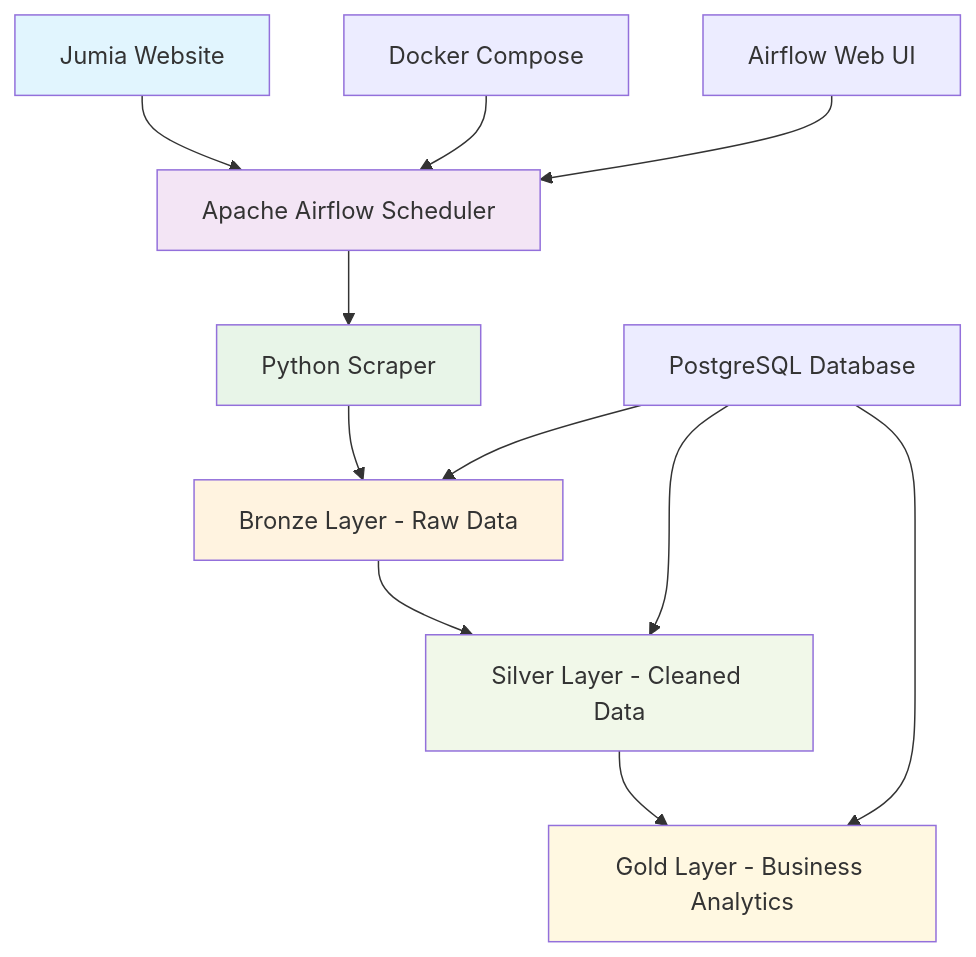
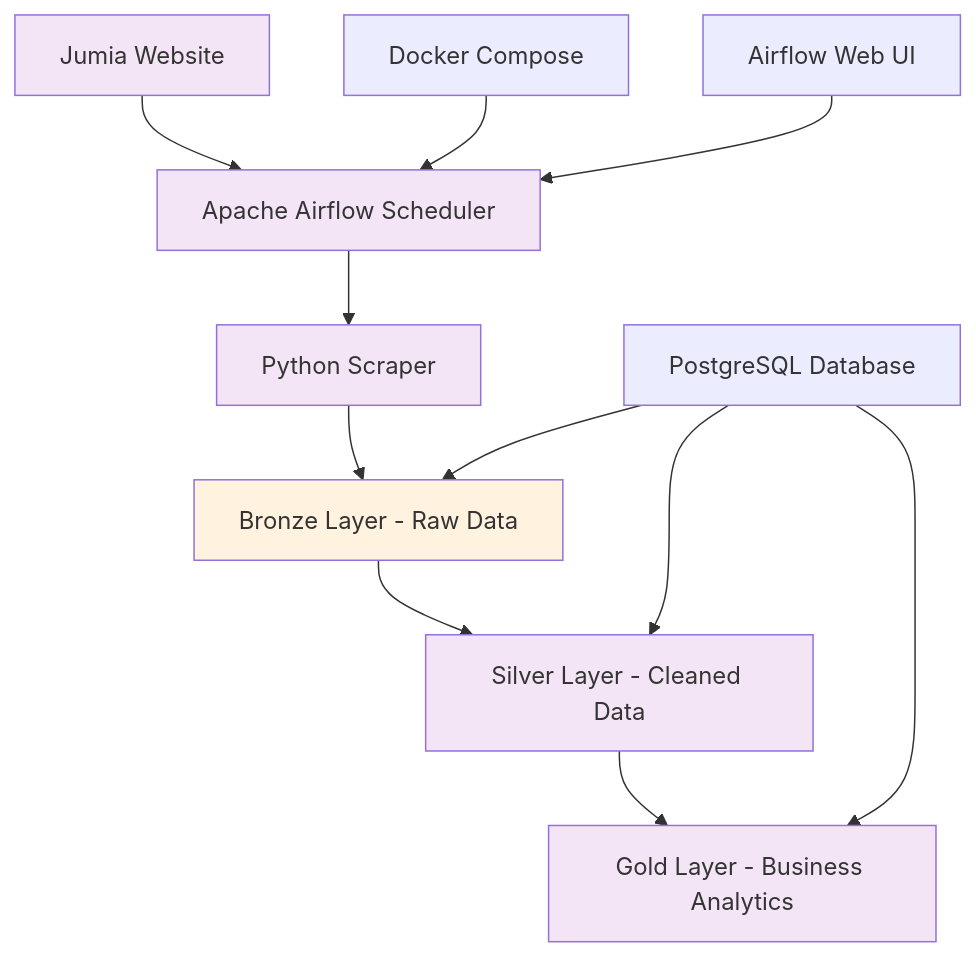
Before and after one commit to Peter-Opapa/jumia-elt-airflow-docker: the first of 2 diagrams in README.md, drawn with Mermaid. The commit also changed other lines of this file, not shown here.

````diff
--- a/README.md
+++ b/README.md
@@ -36,21 +36,21 @@
 ```mermaid
 graph TD
     A[Jumia Website] --> B[Apache Airflow Scheduler]
     B --> C[Python Scraper]
     C --> D[Bronze Layer - Raw Data]
     D --> E[Silver Layer - Cleaned Data]
     E --> F[Gold Layer - Business Analytics]
     
     G[Docker Compose] --> B
     H[PostgreSQL Database] --> D
     H --> E
     H --> F
     I[Airflow Web UI] --> B
     
-    style A fill:#e1f5fe
+    style A fill:#f3e5f5
     style B fill:#f3e5f5
-    style C fill:#e8f5e8
+    style C fill:#f3e5f5
     style D fill:#fff3e0
-    style E fill:#f1f8e9
-    style F fill:#fff8e1
+    style E fill:#f3e5f5
+    style F fill:#f3e5f5
 ```
````
